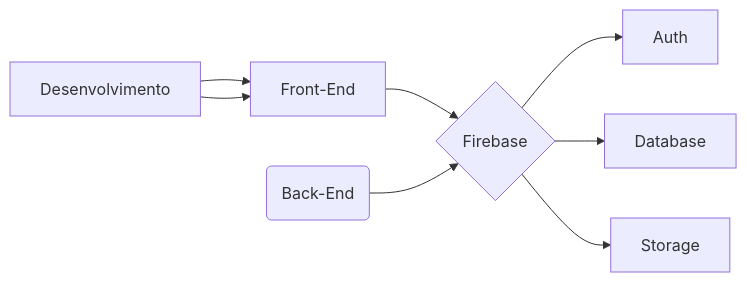
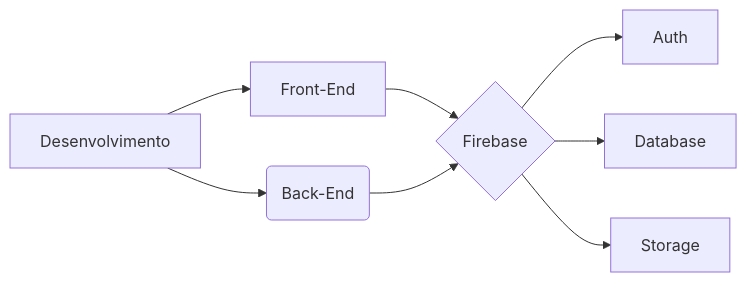
Before and after one commit to SauloCandeira/pattern-firebase: the diagram in readme.md, drawn with Mermaid.

````diff
--- a/readme.md
+++ b/readme.md
@@ -10,10 +10,10 @@
 ```mermaid
 flowchart LR
 Z[Desenvolvimento] --> A[Front-End]
-Z  --> A
+Z  --> B
 A[Front-End] --> C{Firebase}
 B(Back-End) --> C{Firebase}
 C --> D[Auth]
 C --> E[Database]
 C --> F[Storage]
 ```
````
